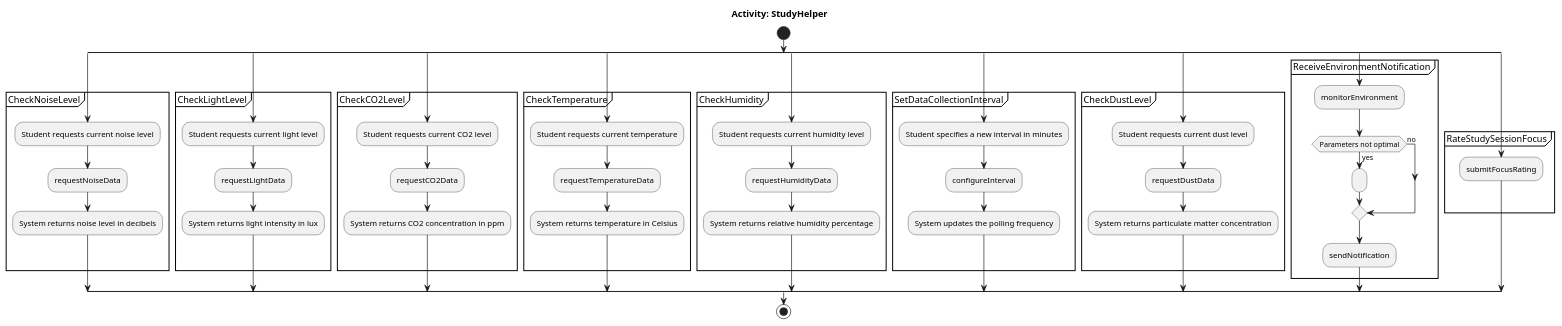
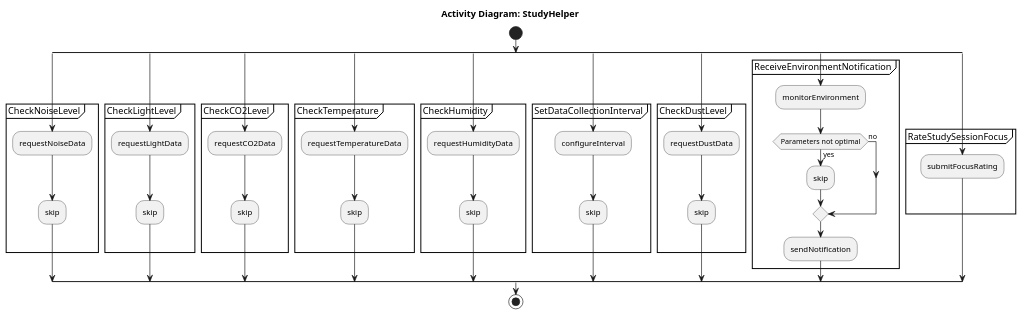
Before and after one commit to SEP4Real/SEP4: the diagram in Documentation/Analysis/activity.puml, drawn with PlantUML. The commit also changed 46 other files, not shown here.

```diff
--- a/Documentation/Analysis/activity.puml
+++ b/Documentation/Analysis/activity.puml
@@ -1,80 +1,80 @@
-@startuml StudyHelper_Activity
+@startuml
 ' PlantUML generated by MODT
 skinparam MessageAlign center
-title Activity: StudyHelper
+title Activity Diagram: StudyHelper
 start
 split
 partition "CheckNoiseLevel" {
     label CheckNoiseLevel_start
-    :Student requests current noise level;
     :requestNoiseData;
-    :System returns noise level in decibels;
+    label CheckNoiseLevel_sys
+    :skip;
     label CheckNoiseLevel_end
 }
 split again
 partition "CheckLightLevel" {
     label CheckLightLevel_start
-    :Student requests current light level;
     :requestLightData;
-    :System returns light intensity in lux;
+    label CheckLightLevel_sys
+    :skip;
     label CheckLightLevel_end
 }
 split again
 partition "CheckCO2Level" {
     label CheckCO2Level_start
-    :Student requests current CO2 level;
     :requestCO2Data;
-    :System returns CO2 concentration in ppm;
+    label CheckCO2Level_sys
+    :skip;
     label CheckCO2Level_end
 }
 split again
 partition "CheckTemperature" {
     label CheckTemperature_start
-    :Student requests current temperature;
     :requestTemperatureData;
-    :System returns temperature in Celsius;
+    label CheckTemperature_sys
+    :skip;
     label CheckTemperature_end
 }
 split again
 partition "CheckHumidity" {
     label CheckHumidity_start
-    :Student requests current humidity level;
     :requestHumidityData;
-    :System returns relative humidity percentage;
+    label CheckHumidity_sys
+    :skip;
     label CheckHumidity_end
 }
 split again
 partition "SetDataCollectionInterval" {
     label SetDataCollectionInterval_start
-    :Student specifies a new interval in minutes;
     :configureInterval;
-    :System updates the polling frequency;
+    label SetDataCollectionInterval_sys
+    :skip;
     label SetDataCollectionInterval_end
 }
 split again
 partition "CheckDustLevel" {
     label CheckDustLevel_start
-    :Student requests current dust level;
     :requestDustData;
-    :System returns particulate matter concentration;
+    label CheckDustLevel_sys
+    :skip;
     label CheckDustLevel_end
 }
 split again
 partition "ReceiveEnvironmentNotification" {
     :monitorEnvironment;
     label ReceiveEnvironmentNotification_
     if (Parameters not optimal) then (yes)
-      :;
+      :skip;
     else (no)
     endif
     :sendNotification;
     label ReceiveEnvironmentNotification_end
 }
 split again
 partition "RateStudySessionFocus" {
     :submitFocusRating;
     label RateStudySessionFocus_end
 }
 endsplit
 stop
 @enduml
```
